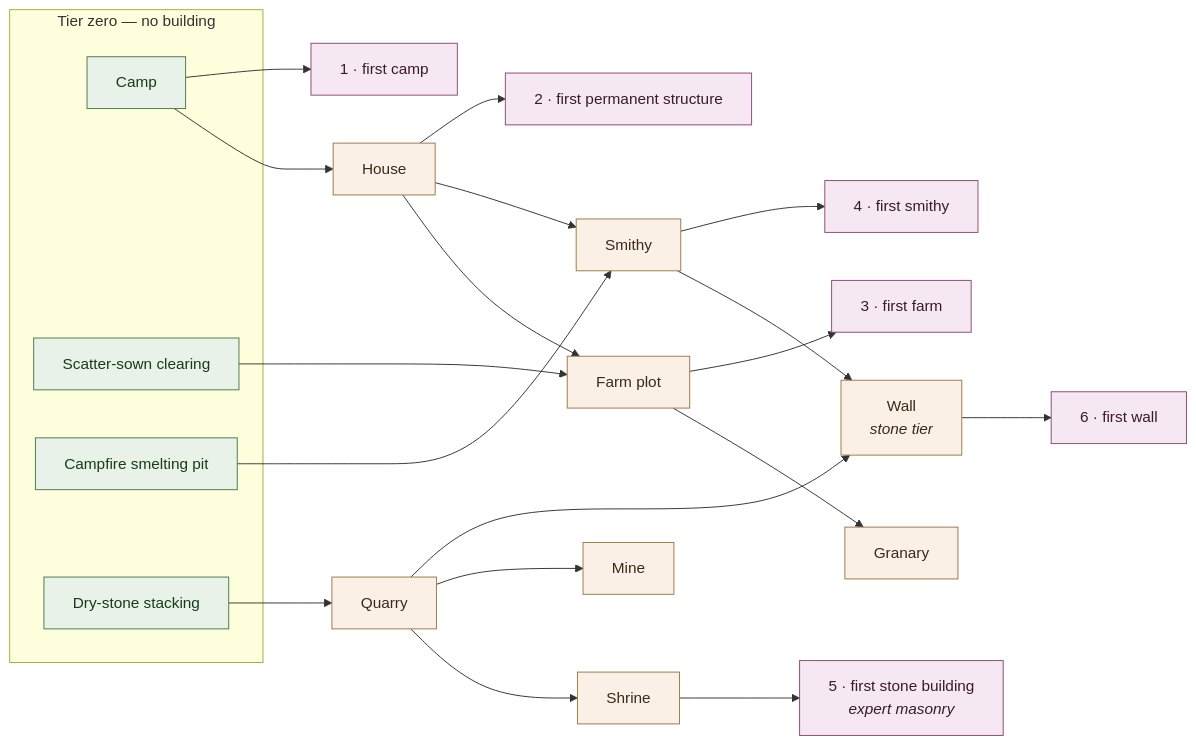
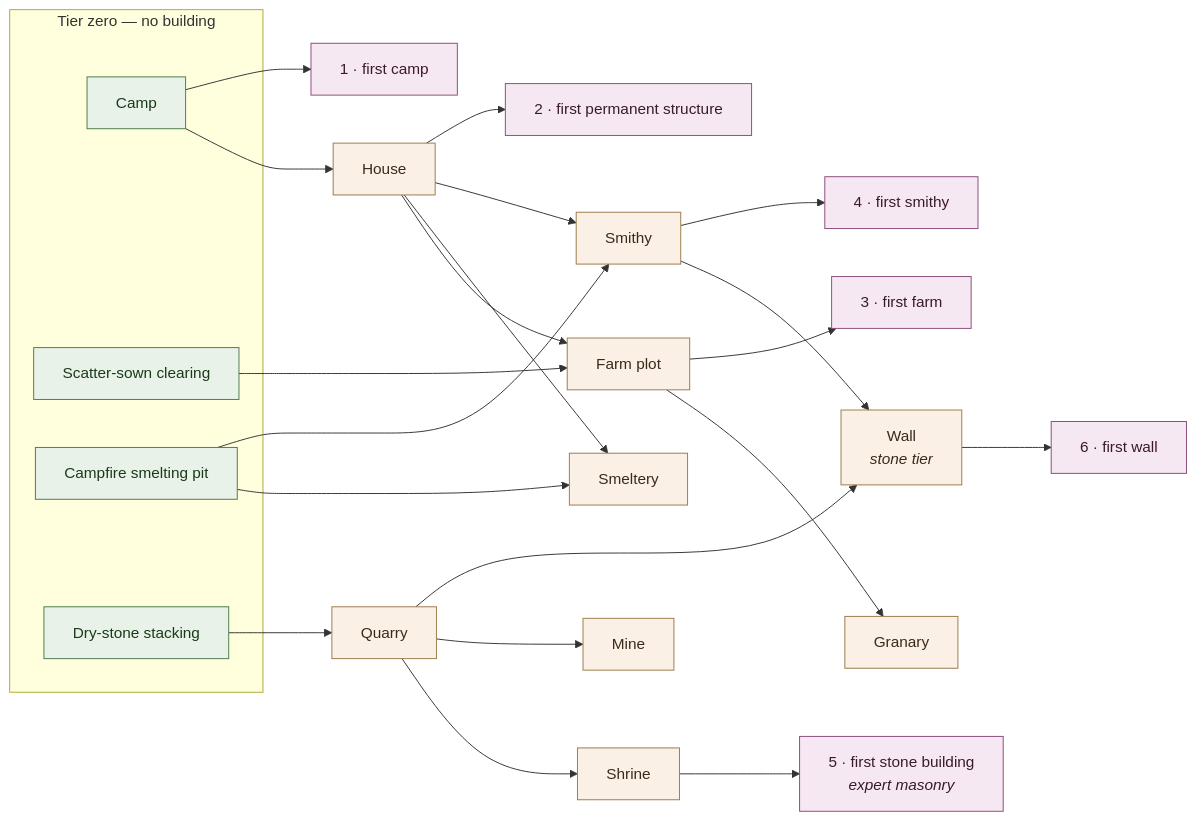
The second of 2 diagrams in docs/design/kingdom-watch-economy-ladder.md (zhollis21/KingdomWatch), drawn with Mermaid before and after one commit. The commit also changed other lines of this file, not shown here.

````diff
--- a/docs/design/kingdom-watch-economy-ladder.md
+++ b/docs/design/kingdom-watch-economy-ladder.md
@@ -516,32 +533,34 @@
 ```mermaid
 flowchart LR
   classDef tier0 fill:#e8f2e8,stroke:#4a7a4a,color:#1a3a1a
   classDef bld fill:#faf0e6,stroke:#9a7a4a,color:#3a2a1a
   classDef ms fill:#f6e8f2,stroke:#8a4a7a,color:#3a1a2a
 
   subgraph T0["Tier zero — no building"]
     Camp["Camp"]:::tier0
     Clearing["Scatter-sown clearing"]:::tier0
     Pit["Campfire smelting pit"]:::tier0
     Dry["Dry-stone stacking"]:::tier0
   end
 
   Camp --> House["House"]:::bld
   Clearing --> Plot["Farm plot"]:::bld
   House --> Plot
   Plot --> Granary["Granary"]:::bld
   Dry --> QuarryB["Quarry"]:::bld
   QuarryB --> Shrine["Shrine"]:::bld
   QuarryB --> MineB["Mine"]:::bld
+  Pit --> Smeltery["Smeltery"]:::bld
+  House --> Smeltery
   Pit --> Smithy["Smithy"]:::bld
   House --> Smithy
   QuarryB --> Wall["Wall<br/><i>stone tier</i>"]:::bld
   Smithy --> Wall
 
   Camp --> M1["1 · first camp"]:::ms
   House --> M2["2 · first permanent structure"]:::ms
   Plot --> M3["3 · first farm"]:::ms
   Smithy --> M4["4 · first smithy"]:::ms
   Shrine --> M5["5 · first stone building<br/><i>expert masonry</i>"]:::ms
   Wall --> M6["6 · first wall"]:::ms
 ```
````
